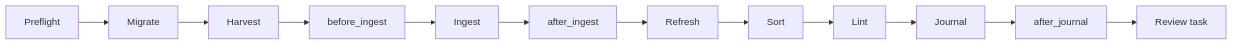
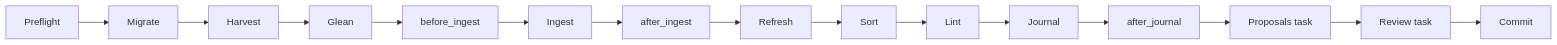
Before and after one commit to Kolibee-GmbH/m2b: the diagram in docs/curation.md, drawn with Mermaid. The commit also changed other lines of this file and 268 other files, not shown here.

First line of the commit message:
m2b 0.4.0: proposals from your sessions, a commit per run, a tighter fence (#19)

````diff
--- a/docs/curation.md
+++ b/docs/curation.md
@@ -17,4 +23,4 @@
 ```mermaid
 flowchart LR
-  pre[Preflight] --> migrate[Migrate] --> harvest[Harvest] --> before[before_ingest] --> ingest[Ingest] --> afteri[after_ingest] --> refresh[Refresh] --> sort[Sort] --> lint[Lint] --> journal[Journal] --> after[after_journal] --> review[Review task]
+  pre[Preflight] --> migrate[Migrate] --> harvest[Harvest] --> glean[Glean] --> before[before_ingest] --> ingest[Ingest] --> afteri[after_ingest] --> refresh[Refresh] --> sort[Sort] --> lint[Lint] --> journal[Journal] --> after[after_journal] --> proposals[Proposals task] --> review[Review task] --> commit[Commit]
 ```
````
